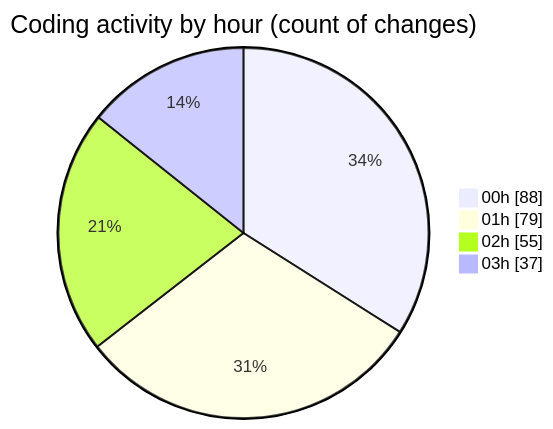
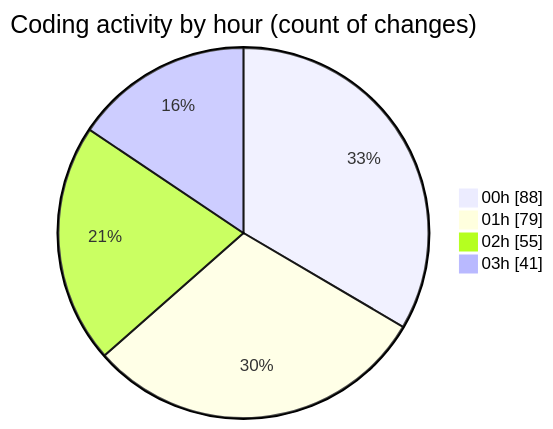
One commit to lephambinh05/code-tracking changed the second of 2 diagrams in 2025-08-16/rentotp/README.md. Above: the diagram before and after it, drawn with Mermaid. The commit also changed other lines of this file and 1 other file, not shown here.

````diff
--- a/2025-08-16/rentotp/README.md
+++ b/2025-08-16/rentotp/README.md
@@ -61,8 +62,8 @@
 ```mermaid
 pie showData
 title Coding activity by hour (count of changes)
 "00h" : 88
 "01h" : 79
 "02h" : 55
-"03h" : 37
+"03h" : 41
 ```
````
